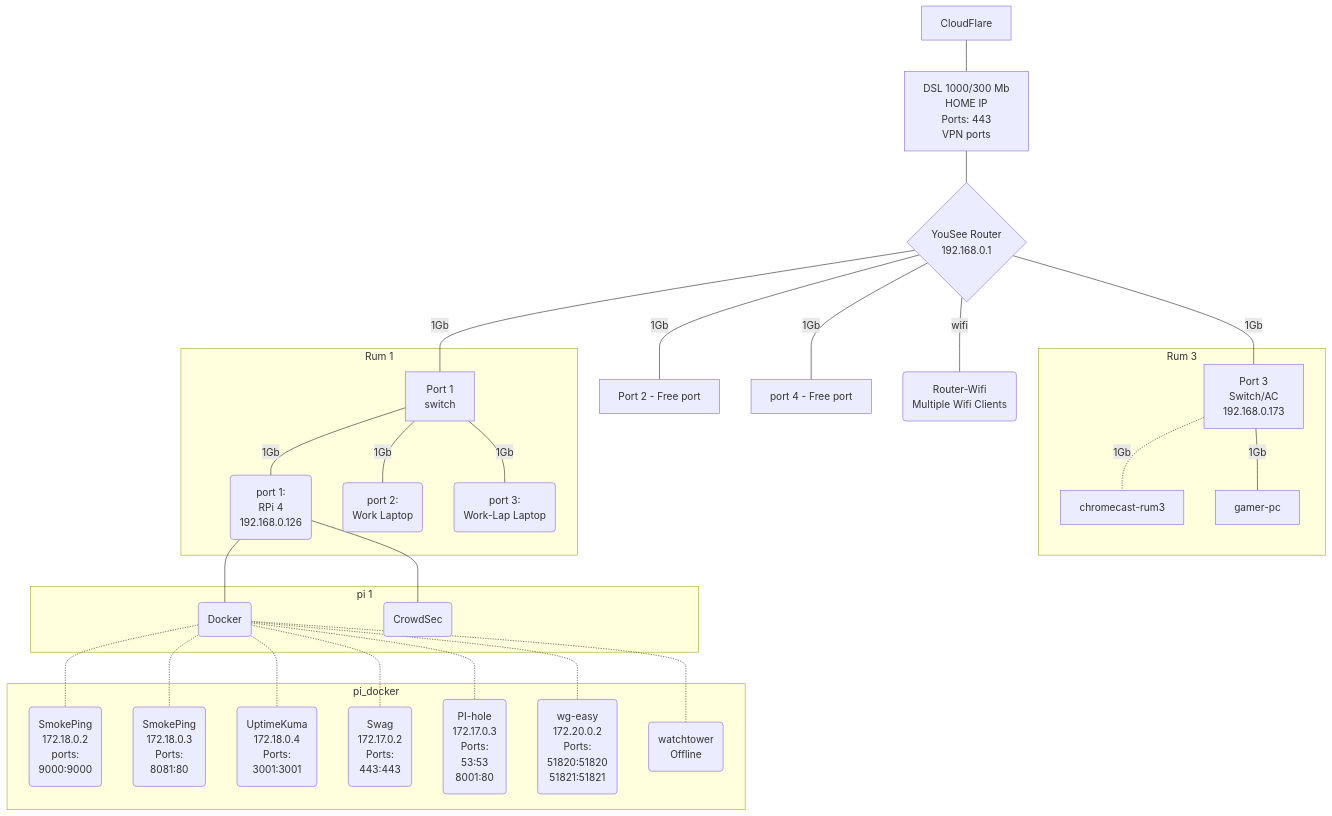
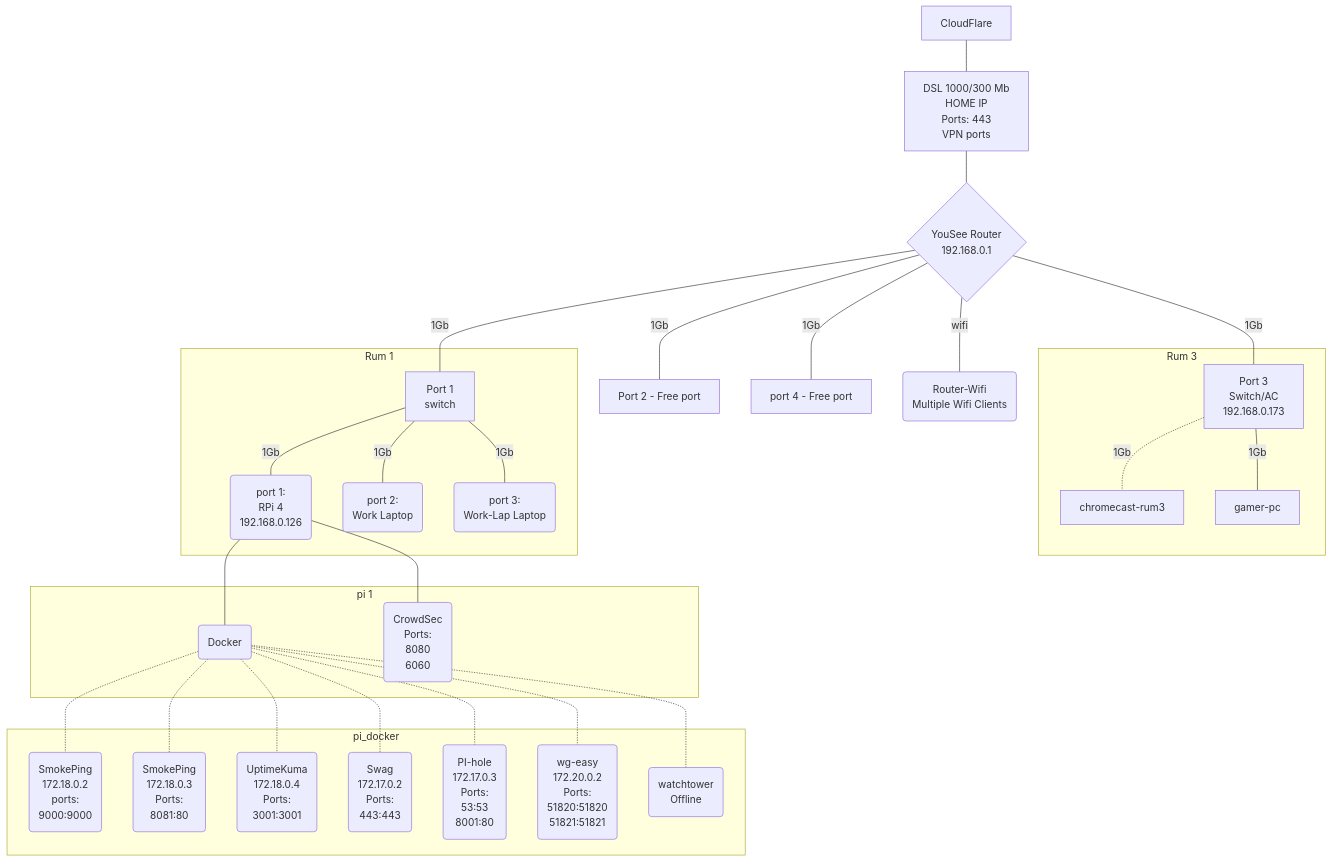
Before and after one commit to alf149/ansible: the diagram in Docs/Index.md, drawn with Mermaid.

````diff
--- a/Docs/Index.md
+++ b/Docs/Index.md
@@ -21,38 +21,38 @@
 ```mermaid
 graph TD
  linkStyle default interpolate basis
  cloudflare[<center>CloudFlare</center>]---wan
  wan[<center>DSL 1000/300 Mb<br>HOME IP<br>Ports: 443<br>VPN ports</center>]---router{<center>YouSee Router<br>192.168.0.1</center>}
  router---|1Gb|rum_1[<center>Port 1<br>switch</center>]
  router---|1Gb|rum_2[<center>Port 2 - Free port</center>]
  router---|1Gb|rum_3[<center>Port 3<br>Switch/AC<br>192.168.0.173</center>]
  router---|1Gb|rum_4[<center>port 4 - Free port</center>]
  router---|wifi|ac_wifi(<center>Router-Wifi<br>Multiple Wifi Clients</center>)
 
     subgraph Rum 3
     rum_3-.-|1Gb|chromecast-rum3
     rum_3---|1Gb|gamer-pc
     end
 
     subgraph Rum 1
     rum_1---|1Gb|pi(<center>port 1:<br> RPi 4<br>192.168.0.126</center>)
     rum_1---|1Gb|work(<center>port 2:<br> Work Laptop</center>)
     rum_1---|1Gb|work-lab(<center>port 3:<br> Work-Lap Laptop</center>)
     end
 
         subgraph pi 1
         pi---docker(<center>Docker</center>)
-        pi---crowdsec(<center>CrowdSec</center>)
+        pi---crowdsec(<center>CrowdSec<br>Ports:<br>8080<br>6060</center>)
         end
 
         subgraph pi_docker
         docker-.-portainer(<center>SmokePing    <br>172.18.0.2<br>ports:<br>9000:9000</center>)
         docker-.-smokeping(<center>SmokePing    <br>172.18.0.3<br>Ports:<br>8081:80</center>)
         docker-.-uptimeKuma(<center>UptimeKuma  <br>172.18.0.4<br>Ports:<br>3001:3001</center>)
         docker-.-swag(<center>Swag              <br>172.17.0.2<br>Ports:<br>443:443</center>)
         docker-.-pihole(<center>PI-hole         <br>172.17.0.3<br>Ports:<br>53:53<br>8001:80</center>)
         docker-.-wg-easy(<center>wg-easy        <br>172.20.0.2     <br>Ports:<br>51820:51820<br>51821:51821</center>)
         docker-.-watchtower(<center>watchtower  <br>Offline</center>)
         end
 
 ```
````
